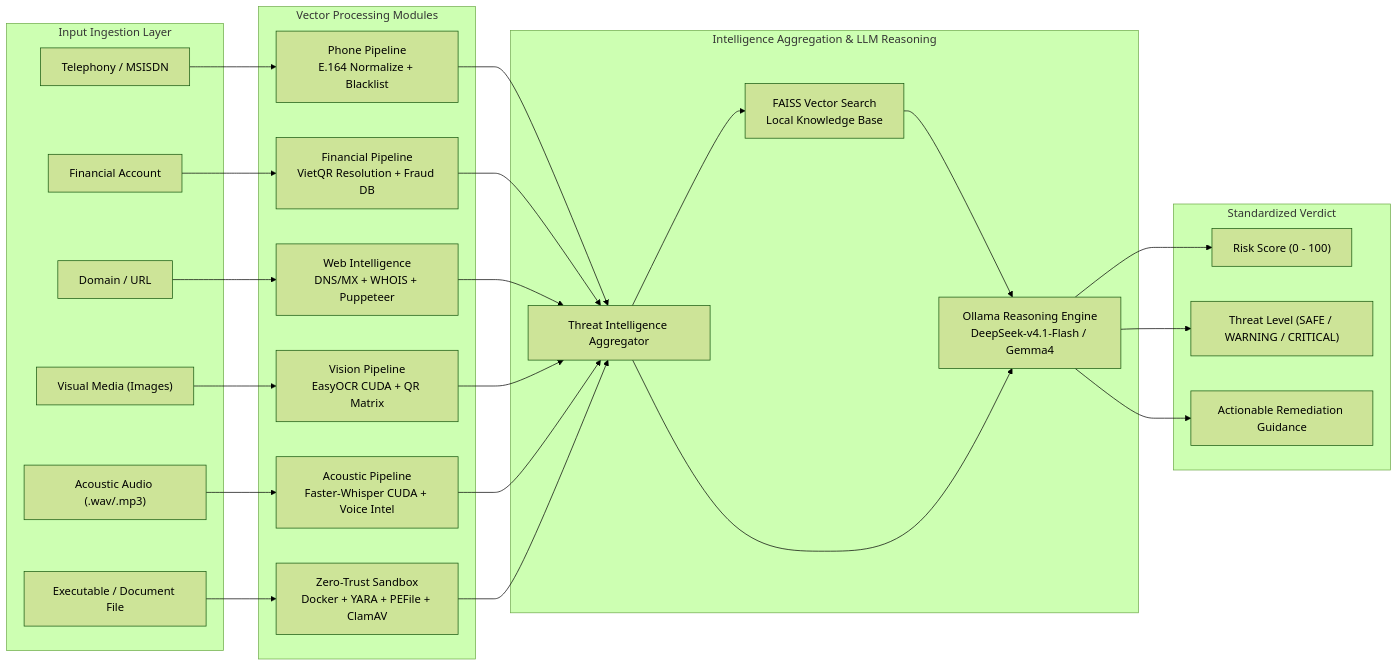
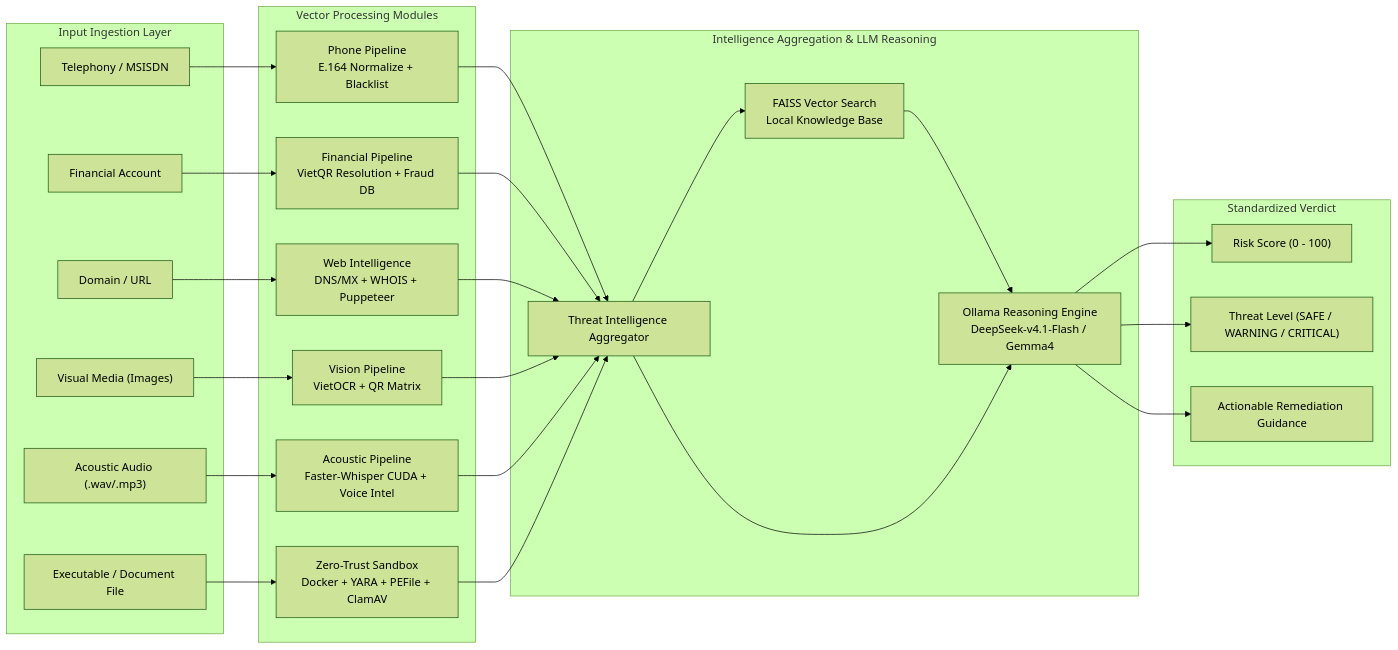
Before and after one commit to KienPC1234/Sentinel_Team_Project: the second of 3 diagrams in README.md, drawn with Mermaid (forest theme). The commit also changed other lines of this file and 194 other files, not shown here.

````diff
--- a/README.md
+++ b/README.md
@@ -143,54 +145,54 @@
 ```mermaid
 flowchart LR
-    subgraph Ingestion["Input Ingestion Layer"]
-        InPhone["Telephony / MSISDN"]
-        InBank["Financial Account"]
-        InWeb["Domain / URL"]
-        InMedia["Visual Media (Images)"]
-        InAudio["Acoustic Audio (.wav/.mp3)"]
-        InFile["Executable / Document File"]
-    end
+ subgraph Ingestion["Input Ingestion Layer"]
+ InPhone["Telephony / MSISDN"]
+ InBank["Financial Account"]
+ InWeb["Domain / URL"]
+ InMedia["Visual Media (Images)"]
+ InAudio["Acoustic Audio (.wav/.mp3)"]
+ InFile["Executable / Document File"]
+ end
 
-    subgraph Engines["Vector Processing Modules"]
-        ModPhone["Phone Pipeline<br/>E.164 Normalize + Blacklist"]
-        ModBank["Financial Pipeline<br/>VietQR Resolution + Fraud DB"]
-        ModWeb["Web Intelligence<br/>DNS/MX + WHOIS + Puppeteer"]
-        ModMedia["Vision Pipeline<br/>EasyOCR CUDA + QR Matrix"]
-        ModAudio["Acoustic Pipeline<br/>Faster-Whisper CUDA + Voice Intel"]
-        ModFile["Zero-Trust Sandbox<br/>Docker + YARA + PEFile + ClamAV"]
-    end
+ subgraph Engines["Vector Processing Modules"]
+ ModPhone["Phone Pipeline<br/>E.164 Normalize + Blacklist"]
+ ModBank["Financial Pipeline<br/>VietQR Resolution + Fraud DB"]
+ ModWeb["Web Intelligence<br/>DNS/MX + WHOIS + Puppeteer"]
+ ModMedia["Vision Pipeline<br/>VietOCR + QR Matrix"]
+ ModAudio["Acoustic Pipeline<br/>Faster-Whisper CUDA + Voice Intel"]
+ ModFile["Zero-Trust Sandbox<br/>Docker + YARA + PEFile + ClamAV"]
+ end
 
-    subgraph Synthesis["Intelligence Aggregation & LLM Reasoning"]
-        Aggregator["Threat Intelligence Aggregator"]
-        RAGIndex["FAISS Vector Search<br/>Local Knowledge Base"]
-        LLMEval["Ollama Reasoning Engine<br/>DeepSeek-v4.1-Flash / Gemma4"]
-    end
+ subgraph Synthesis["Intelligence Aggregation & LLM Reasoning"]
+ Aggregator["Threat Intelligence Aggregator"]
+ RAGIndex["FAISS Vector Search<br/>Local Knowledge Base"]
+ LLMEval["Ollama Reasoning Engine<br/>DeepSeek-v4.1-Flash / Gemma4"]
+ end
 
-    subgraph Verdict["Standardized Verdict"]
-        Score["Risk Score (0 - 100)"]
-        Badge["Threat Level (SAFE / WARNING / CRITICAL)"]
-        Guidance["Actionable Remediation Guidance"]
-    end
+ subgraph Verdict["Standardized Verdict"]
+ Score["Risk Score (0 - 100)"]
+ Badge["Threat Level (SAFE / WARNING / CRITICAL)"]
+ Guidance["Actionable Remediation Guidance"]
+ end
 
-    InPhone --> ModPhone
-    InBank --> ModBank
-    InWeb --> ModWeb
-    InMedia --> ModMedia
-    InAudio --> ModAudio
-    InFile --> ModFile
+ InPhone --> ModPhone
+ InBank --> ModBank
+ InWeb --> ModWeb
+ InMedia --> ModMedia
+ InAudio --> ModAudio
+ InFile --> ModFile
 
-    ModPhone --> Aggregator
-    ModBank --> Aggregator
-    ModWeb --> Aggregator
-    ModMedia --> Aggregator
-    ModAudio --> Aggregator
-    ModFile --> Aggregator
+ ModPhone --> Aggregator
+ ModBank --> Aggregator
+ ModWeb --> Aggregator
+ ModMedia --> Aggregator
+ ModAudio --> Aggregator
+ ModFile --> Aggregator
 
-    Aggregator --> RAGIndex
-    RAGIndex --> LLMEval
-    Aggregator --> LLMEval
+ Aggregator --> RAGIndex
+ RAGIndex --> LLMEval
+ Aggregator --> LLMEval
 
-    LLMEval --> Score
-    LLMEval --> Badge
-    LLMEval --> Guidance
+ LLMEval --> Score
+ LLMEval --> Badge
+ LLMEval --> Guidance
 ```
````
